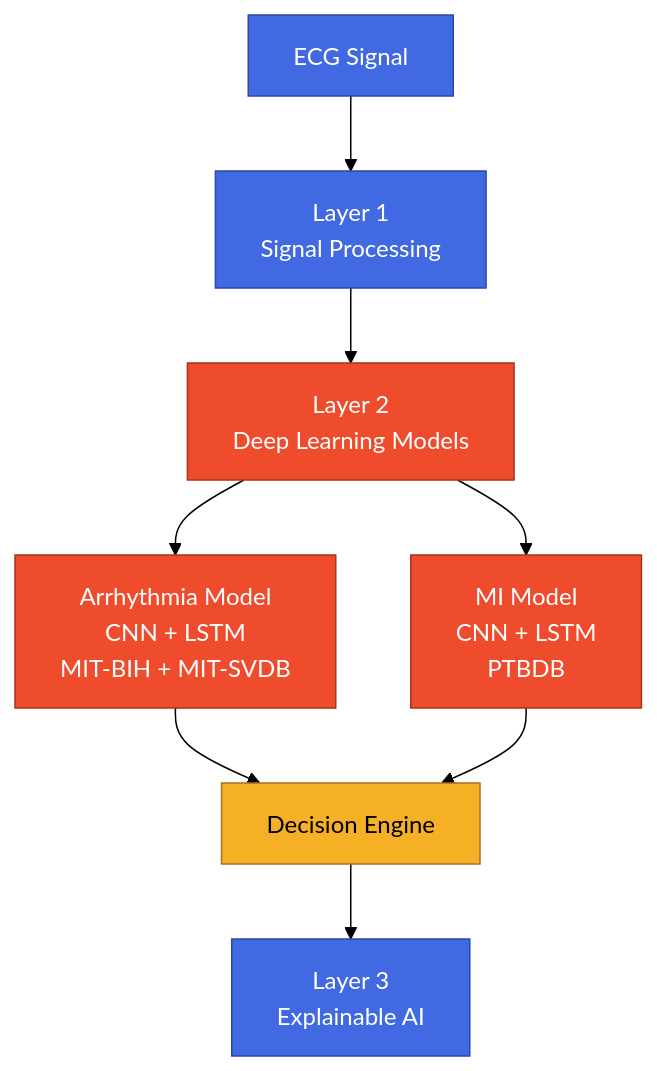
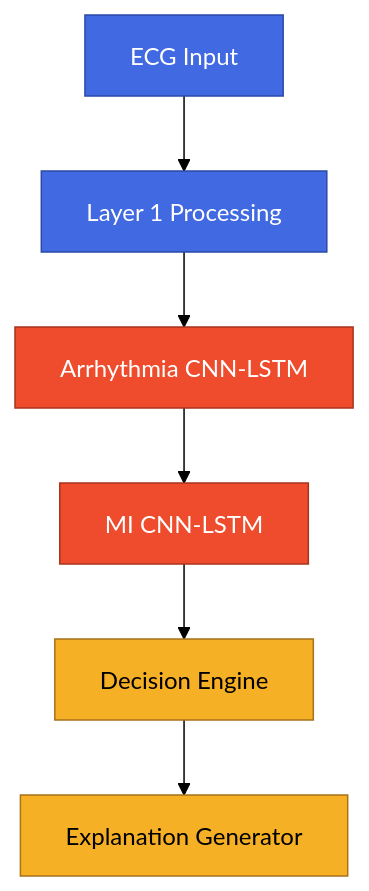
The seventh of 7 diagrams in ai-training/README.md (hamim0047/CardiShirt), drawn with Mermaid (forest theme) before and after one commit. The commit also changed other lines of this file, not shown here.

````diff
--- a/ai-training/README.md
+++ b/ai-training/README.md
@@ -182,21 +409,16 @@
 ```mermaid
 flowchart TD
-    Signal[ECG Signal] --> L1["Layer 1<br/>Signal Processing"]
-    L1 --> L2["Layer 2<br/>Deep Learning Models"]
-
-    L2 --> Arr["Arrhythmia Model<br/>CNN + LSTM<br/>MIT-BIH + MIT-SVDB"]
-    L2 --> MI["MI Model<br/>CNN + LSTM<br/>PTBDB"]
-
-    Arr --> DE[Decision Engine]
-    MI --> DE
-
-    DE --> L3["Layer 3<br/>Explainable AI"]
+    Input[ECG Input] --> L1[Layer 1 Processing]
+    L1 --> Arr[Arrhythmia CNN-LSTM]
+    Arr --> MI[MI CNN-LSTM]
+    MI --> DE[Decision Engine]
+    DE --> Exp[Explanation Generator]
 
     classDef stage fill:#4169e1,stroke:#2a4aa8,color:#fff
     classDef model fill:#ee4c2c,stroke:#a8331d,color:#fff
     classDef decide fill:#f6b026,stroke:#a87218,color:#000
 
-    class Signal,L1,L3 stage
-    class L2,Arr,MI model
-    class DE decide
+    class Input,L1 stage
+    class Arr,MI model
+    class DE,Exp decide
 ```
````
